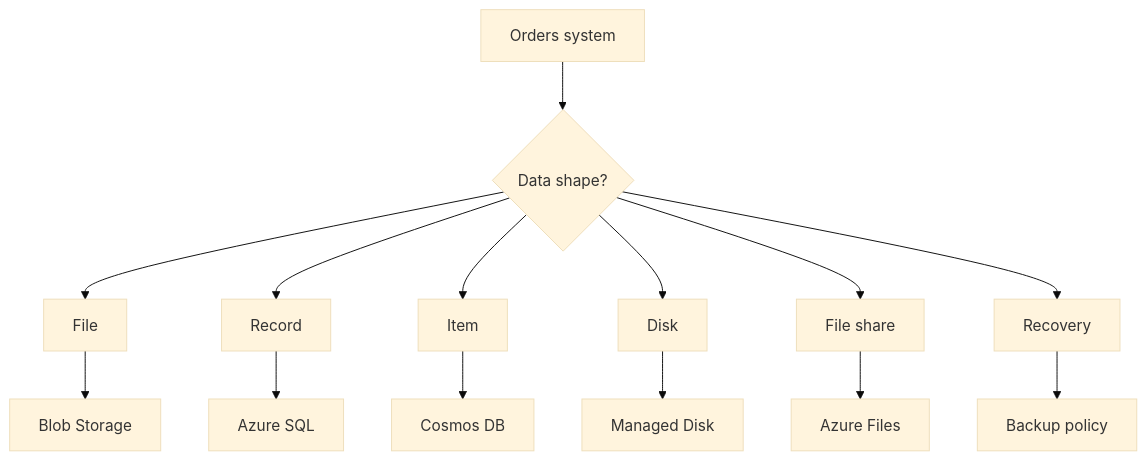
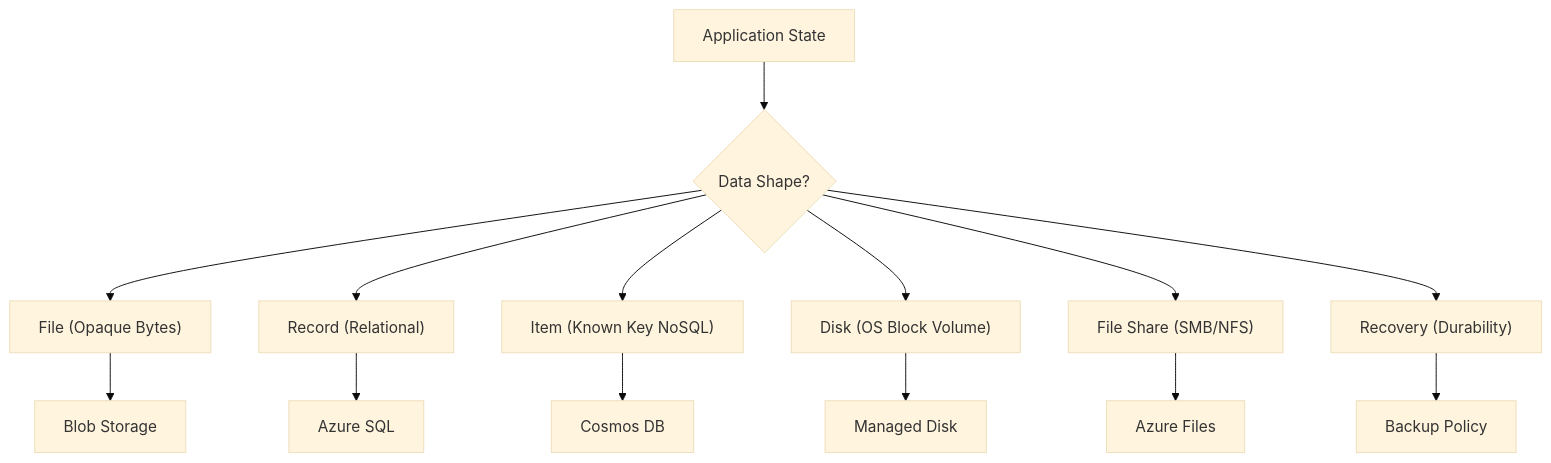
The diagram in cloud-providers/azure/storage-databases/what-is-data-storage.md (senlinyy/dev-roadmaps), drawn with Mermaid (base theme) before and after one commit. The commit also changed other lines of this file and 142 other files, not shown here.

````diff
--- a/cloud-providers/azure/storage-databases/what-is-data-storage.md
+++ b/cloud-providers/azure/storage-databases/what-is-data-storage.md
@@ -73,16 +68,17 @@
 ```mermaid
 flowchart TD
-    App["Orders system"] --> Shape{"Data shape?"}
-    Shape --> File["File"]
-    Shape --> Record["Record"]
-    Shape --> Item["Item"]
-    Shape --> Disk["Disk"]
-    Shape --> Share["File share"]
-    Shape --> Restore["Recovery"]
+    App["Application State"] --> Shape{"Data Shape?"}
+    Shape --> File["File (Opaque Bytes)"]
+    Shape --> Record["Record (Relational)"]
+    Shape --> Item["Item (Known Key NoSQL)"]
+    Shape --> Disk["Disk (OS Block Volume)"]
+    Shape --> Share["File Share (SMB/NFS)"]
+    Shape --> Restore["Recovery (Durability)"]
+    
     File --> Blob["Blob Storage"]
     Record --> SQL["Azure SQL"]
     Item --> Cosmos["Cosmos DB"]
     Disk --> Managed["Managed Disk"]
     Share --> Files["Azure Files"]
-    Restore --> Backup["Backup policy"]
+    Restore --> Backup["Backup Policy"]
 ```
````
